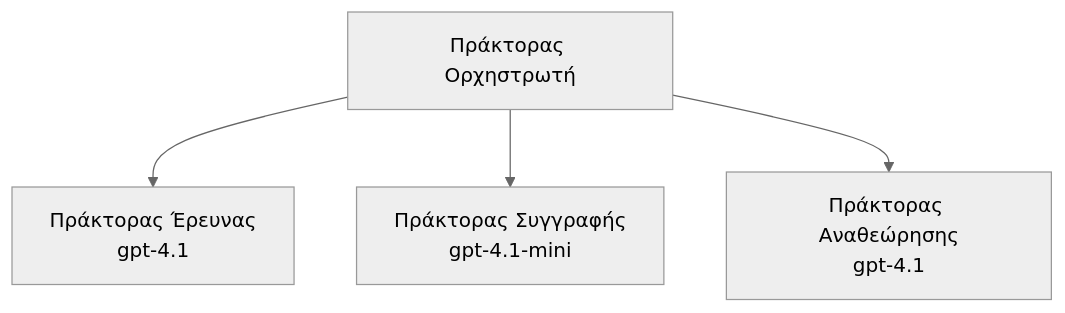
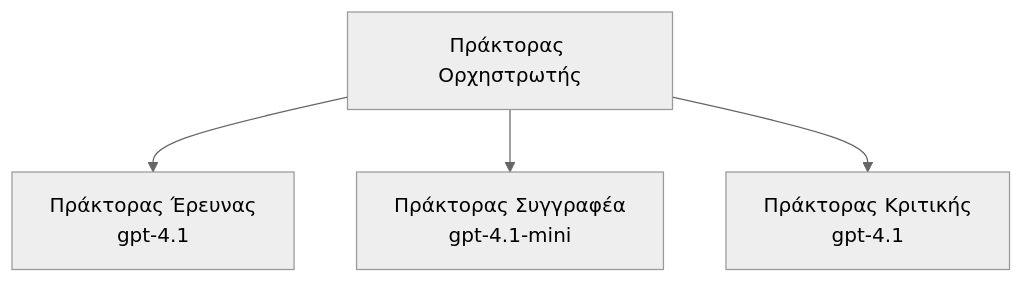
The third of 3 diagrams in translations/el/docs/chapter-02-ai-development/agents.md (microsoft/AZD-for-beginners), drawn with Mermaid (neutral theme) before and after one commit. The commit also changed other lines of this file and 59 other files, not shown here.

````diff
--- a/translations/el/docs/chapter-02-ai-development/agents.md
+++ b/translations/el/docs/chapter-02-ai-development/agents.md
@@ -201,6 +201,6 @@
 ```mermaid
 graph TD
-    Orchestrator[Πράκτορας Ορχηστρωτή] --> Research[Πράκτορας Έρευνας<br/>gpt-4.1]
-    Orchestrator --> Writer[Πράκτορας Συγγραφής<br/>gpt-4.1-mini]
-    Orchestrator --> Reviewer[Πράκτορας Αναθεώρησης<br/>gpt-4.1]
+    Orchestrator[Πράκτορας Ορχηστρωτής] --> Research[Πράκτορας Έρευνας<br/>gpt-4.1]
+    Orchestrator --> Writer[Πράκτορας Συγγραφέα<br/>gpt-4.1-mini]
+    Orchestrator --> Reviewer[Πράκτορας Κριτικής<br/>gpt-4.1]
 ```
````
